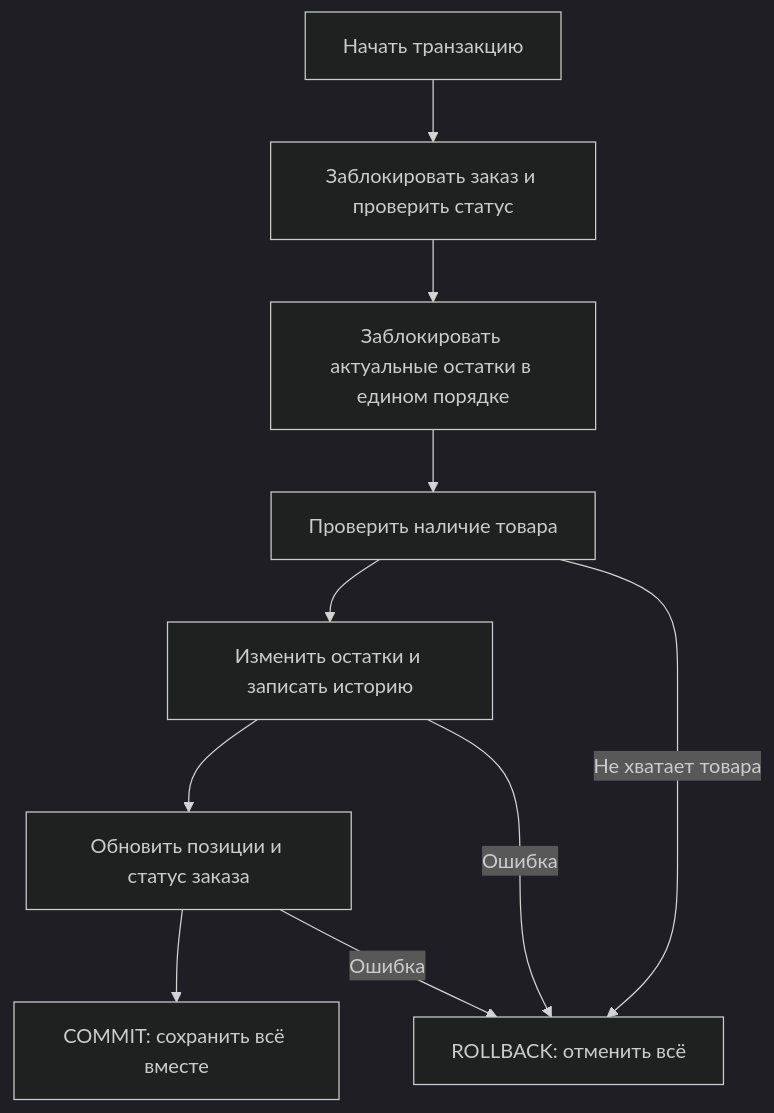
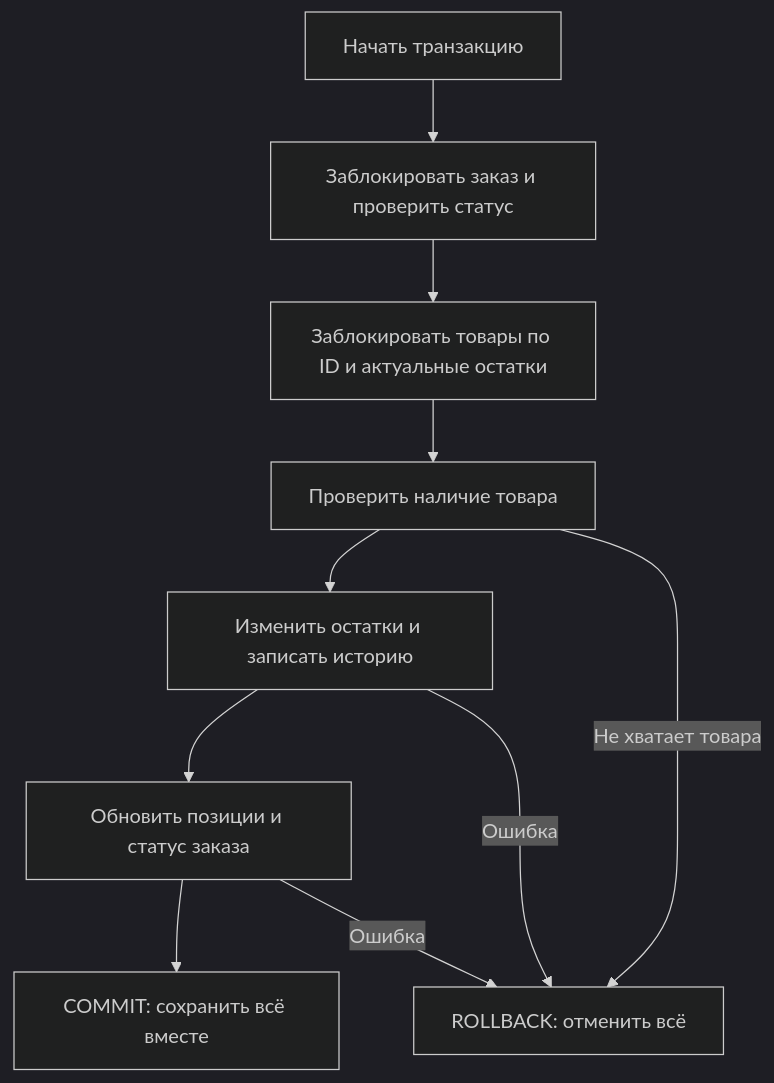
Before and after one commit to fe11fire/maxmollcrm: the third of 5 diagrams in docs/stock-flow.md, drawn with Mermaid (dark theme). The commit also changed other lines of this file and 2 other files, not shown here.

````diff
--- a/docs/stock-flow.md
+++ b/docs/stock-flow.md
@@ -32,12 +32,12 @@
 ```mermaid
 flowchart TD
     A[Начать транзакцию] --> B[Заблокировать заказ и проверить статус]
-    B --> C[Заблокировать актуальные остатки в едином порядке]
+    B --> C[Заблокировать товары по ID и актуальные остатки]
     C --> D[Проверить наличие товара]
     D --> E[Изменить остатки и записать историю]
     E --> F[Обновить позиции и статус заказа]
     F --> G[COMMIT: сохранить всё вместе]
     D -->|Не хватает товара| R[ROLLBACK: отменить всё]
     E -->|Ошибка| R
     F -->|Ошибка| R
 ```
````
